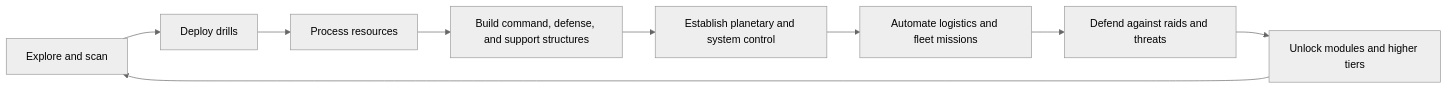
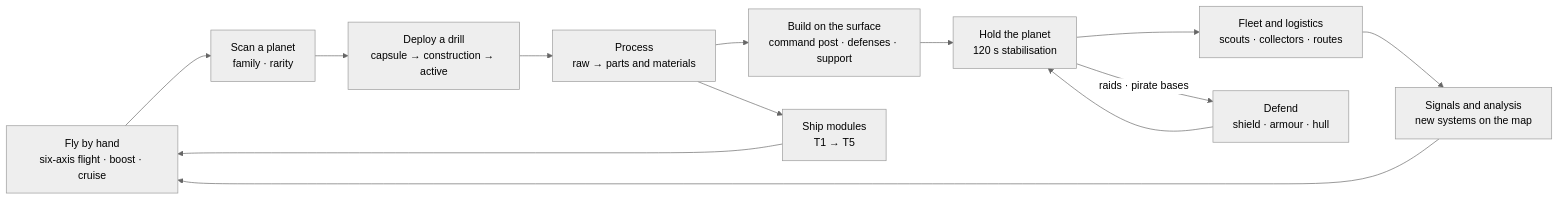
One commit to ErdemEmirOzer/Nebula changed the first of 3 diagrams in README.md. Above: the diagram before and after it, drawn with Mermaid (neutral theme). The commit also changed other lines of this file and 45 other files, not shown here.

````diff
--- a/README.md
+++ b/README.md
@@ -35,11 +178,15 @@
 ```mermaid
 flowchart LR
-    Explore["Explore and scan"] --> Extract["Deploy drills"]
-    Extract --> Process["Process resources"]
-    Process --> Build["Build command, defense, and support structures"]
-    Build --> Control["Establish planetary and system control"]
-    Control --> Logistics["Automate logistics and fleet missions"]
-    Logistics --> Defend["Defend against raids and threats"]
-    Defend --> Upgrade["Unlock modules and higher tiers"]
-    Upgrade --> Explore
+    Fly["Fly by hand<br/>six-axis flight · boost · cruise"] --> Scan["Scan a planet<br/>family · rarity"]
+    Scan --> Drill["Deploy a drill<br/>capsule → construction → active"]
+    Drill --> Process["Process<br/>raw → parts and materials"]
+    Process --> Build["Build on the surface<br/>command post · defenses · support"]
+    Build --> Control["Hold the planet<br/>120 s stabilisation"]
+    Control --> Fleet["Fleet and logistics<br/>scouts · collectors · routes"]
+    Fleet --> Explore["Signals and analysis<br/>new systems on the map"]
+    Explore --> Fly
+    Control -->|raids · pirate bases| Defend["Defend<br/>shield · armour · hull"]
+    Defend --> Control
+    Process --> Modules["Ship modules<br/>T1 → T5"]
+    Modules --> Fly
 ```
````
